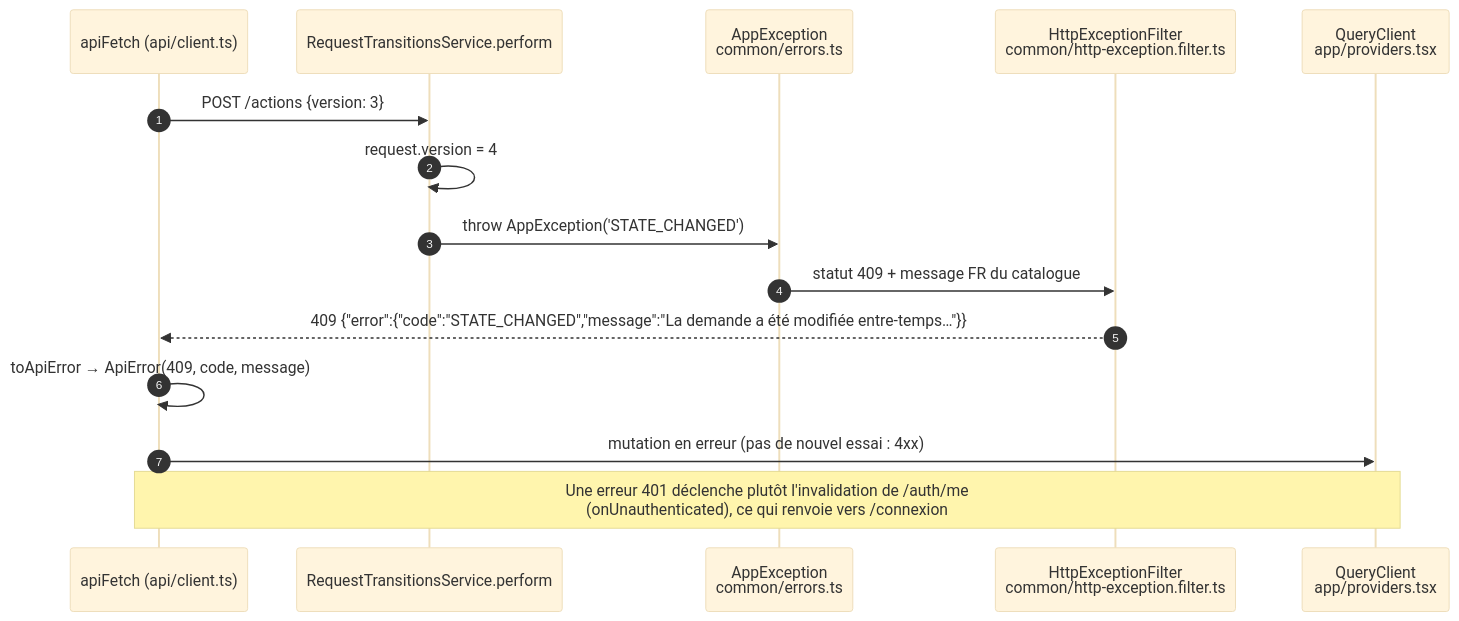
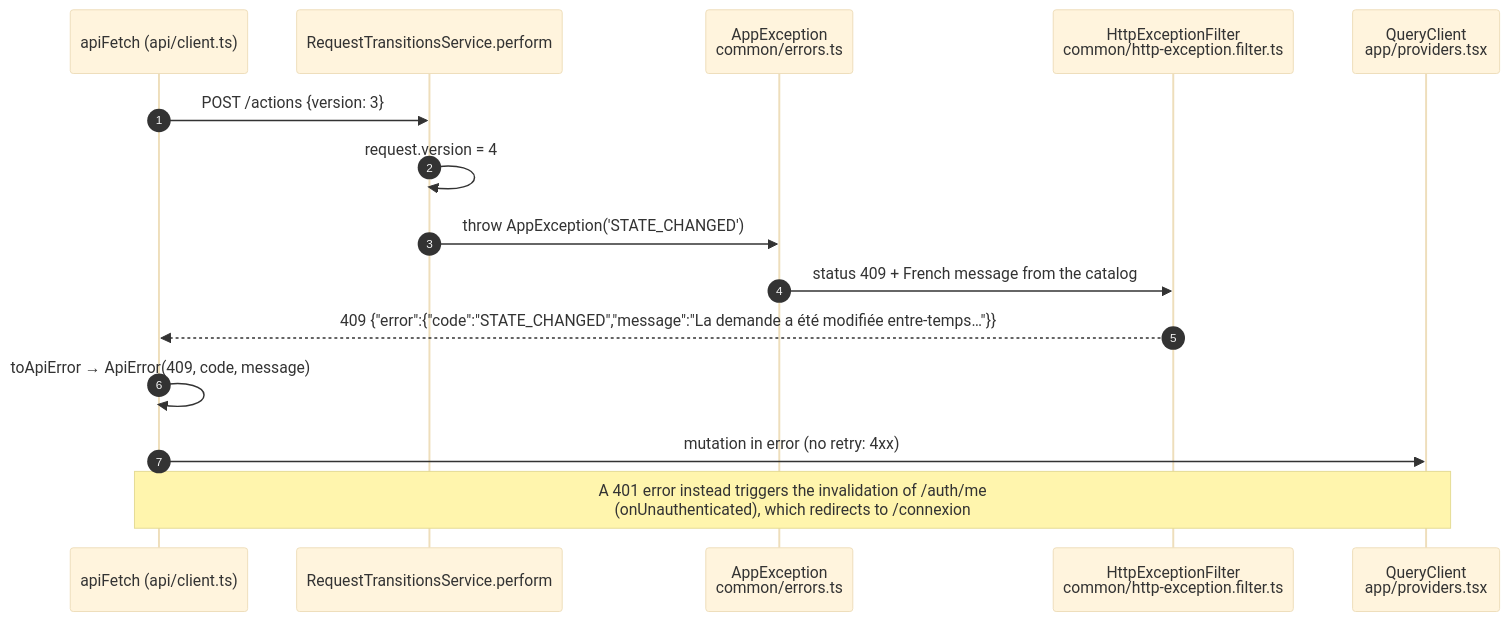
Before and after one commit to ChaimaDkhil-DEV/LaJocondeJumelle: the fourth of 5 diagrams in docs/ARCHITECTURE.md, drawn with Mermaid (base theme). The commit also changed other lines of this file and 108 other files, not shown here.

````diff
--- a/docs/ARCHITECTURE.md
+++ b/docs/ARCHITECTURE.md
@@ -325,18 +325,18 @@
 ```mermaid
 sequenceDiagram
   autonumber
   participant UI as apiFetch (api/client.ts)
   participant TS as RequestTransitionsService.perform
   participant EX as AppException<br/>common/errors.ts
   participant F as HttpExceptionFilter<br/>common/http-exception.filter.ts
   participant QC as QueryClient<br/>app/providers.tsx
 
   UI->>TS: POST /actions {version: 3}
   TS->>TS: request.version = 4
   TS->>EX: throw AppException('STATE_CHANGED')
-  EX->>F: statut 409 + message FR du catalogue
+  EX->>F: status 409 + French message from the catalog
   F-->>UI: 409 {"error":{"code":"STATE_CHANGED","message":"La demande a été modifiée entre-temps…"}}
   UI->>UI: toApiError → ApiError(409, code, message)
-  UI->>QC: mutation en erreur (pas de nouvel essai : 4xx)
-  note over UI,QC: Une erreur 401 déclenche plutôt l'invalidation de /auth/me<br/>(onUnauthenticated), ce qui renvoie vers /connexion
+  UI->>QC: mutation in error (no retry: 4xx)
+  note over UI,QC: A 401 error instead triggers the invalidation of /auth/me<br/>(onUnauthenticated), which redirects to /connexion
 ```
````
